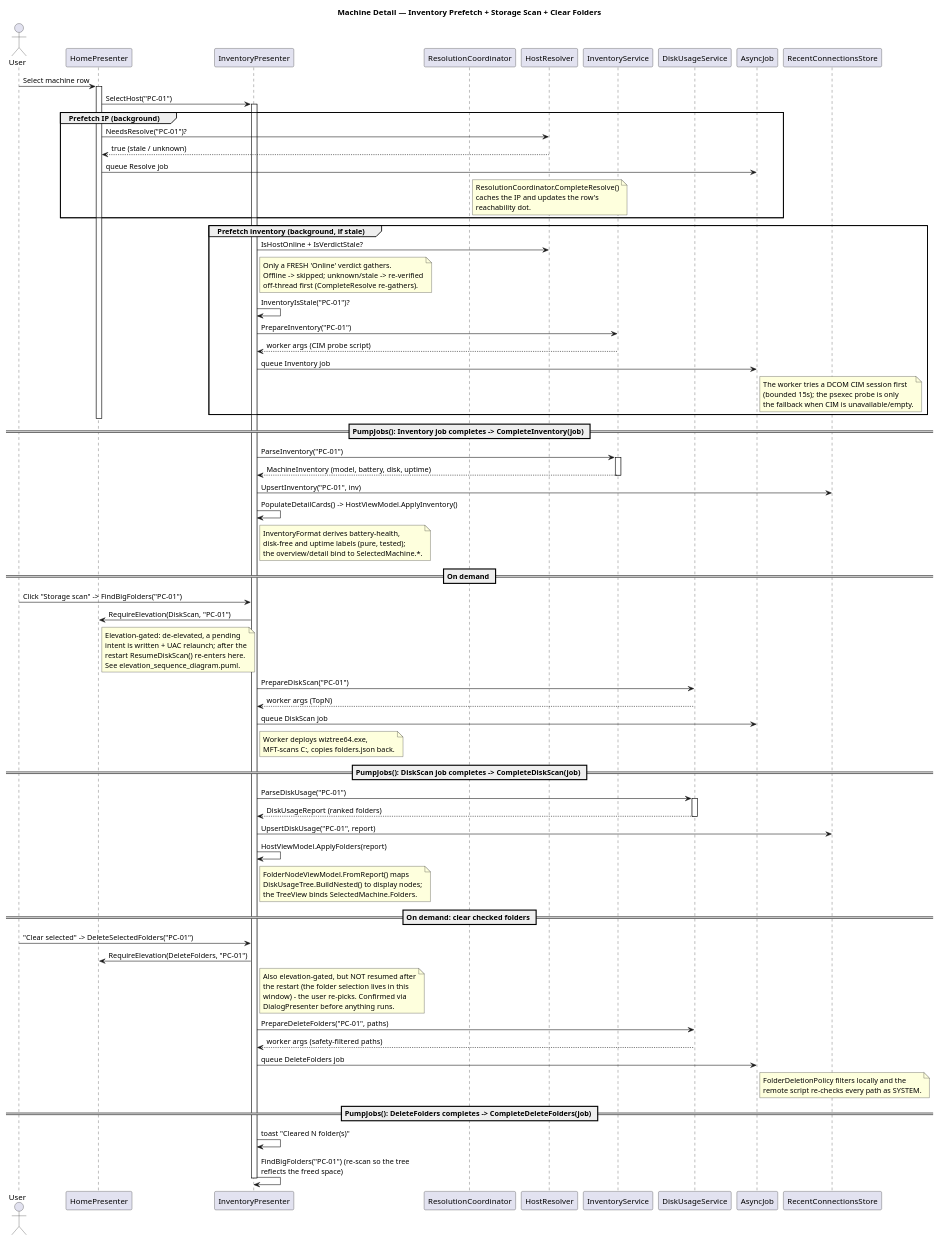
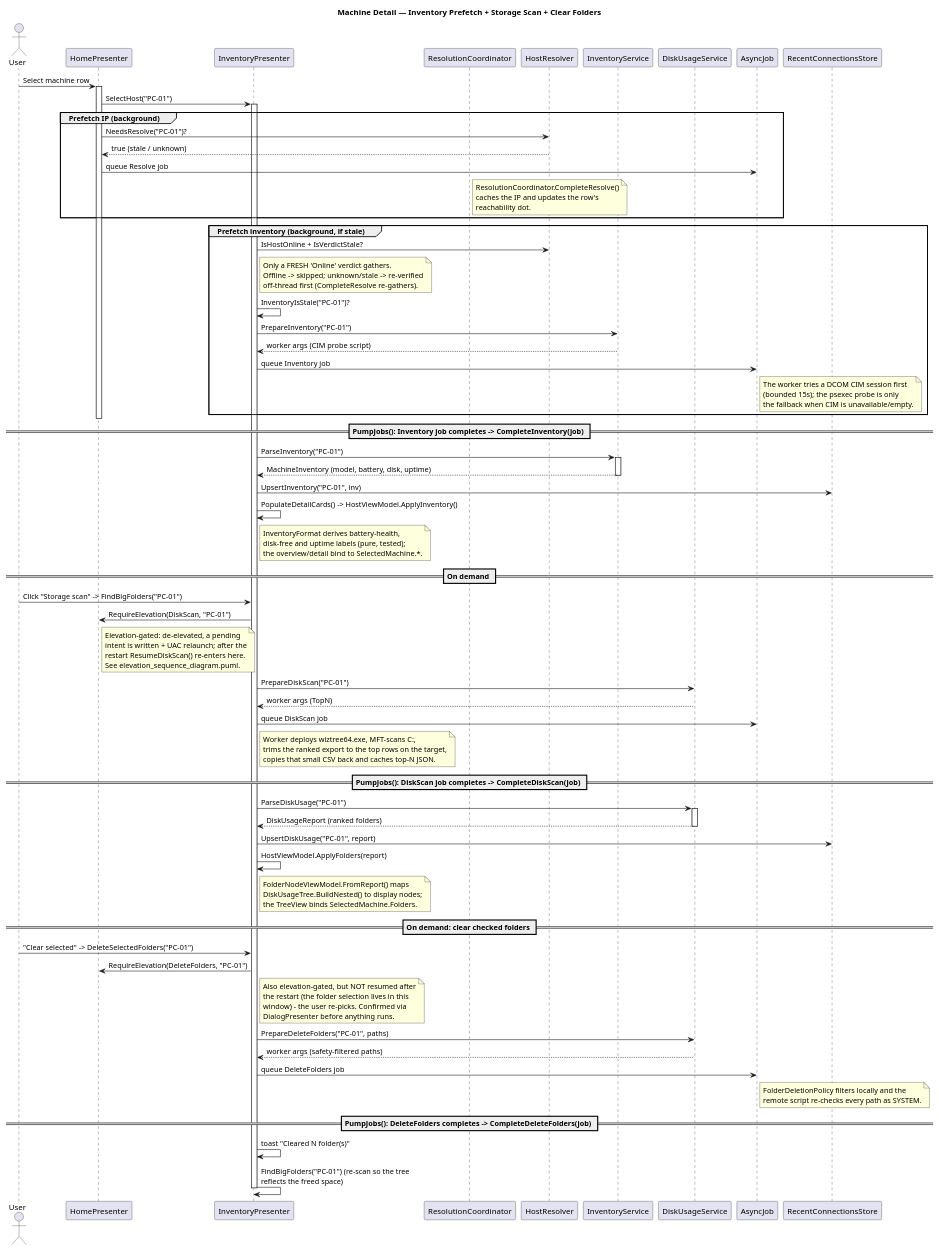
One commit to Danial-Changez/DONUT changed the diagram in docs/diagrams/inventory_sequence_diagram.puml. Above: the diagram before and after it, drawn with PlantUML. The commit also changed 5 other files, not shown here.

```diff
--- a/docs/diagrams/inventory_sequence_diagram.puml
+++ b/docs/diagrams/inventory_sequence_diagram.puml
@@ -1,77 +1,77 @@
 @startuml inventory_sequence_diagram
 title Machine Detail — Inventory Prefetch + Storage Scan + Clear Folders
 
 actor User
 participant "HomePresenter" as Presenter
 participant "InventoryPresenter" as Detail
 participant "ResolutionCoordinator" as Coord
 participant "HostResolver" as Resolver
 participant "InventoryService" as Inv
 participant "DiskUsageService" as Disk
 participant "AsyncJob" as Job
 participant "RecentConnectionsStore" as Store
 
 User -> Presenter: Select machine row
 activate Presenter
 Presenter -> Detail: SelectHost("PC-01")
 activate Detail
 
 group Prefetch IP (background)
     Presenter -> Resolver: NeedsResolve("PC-01")?
     Resolver --> Presenter: true (stale / unknown)
     Presenter -> Job: queue Resolve job
     note right of Coord: ResolutionCoordinator.CompleteResolve()\ncaches the IP and updates the row's\nreachability dot.
 end
 
 group Prefetch inventory (background, if stale)
     Detail -> Resolver: IsHostOnline + IsVerdictStale?
     note right of Detail: Only a FRESH 'Online' verdict gathers.\nOffline -> skipped; unknown/stale -> re-verified\noff-thread first (CompleteResolve re-gathers).
     Detail -> Detail: InventoryIsStale("PC-01")?
     Detail -> Inv: PrepareInventory("PC-01")
     Inv --> Detail: worker args (CIM probe script)
     Detail -> Job: queue Inventory job
     note right of Job: The worker tries a DCOM CIM session first\n(bounded 15s); the psexec probe is only\nthe fallback when CIM is unavailable/empty.
 end
 deactivate Presenter
 
 == PumpJobs(): Inventory job completes -> CompleteInventory(job) ==
 Detail -> Inv: ParseInventory("PC-01")
 activate Inv
 Inv --> Detail: MachineInventory (model, battery, disk, uptime)
 deactivate Inv
 Detail -> Store: UpsertInventory("PC-01", inv)
 Detail -> Detail: PopulateDetailCards() -> HostViewModel.ApplyInventory()
 note right of Detail: InventoryFormat derives battery-health,\ndisk-free and uptime labels (pure, tested);\nthe overview/detail bind to SelectedMachine.*.
 
 == On demand ==
 User -> Detail: Click "Storage scan" -> FindBigFolders("PC-01")
 Detail -> Presenter: RequireElevation(DiskScan, "PC-01")
 note right of Presenter: Elevation-gated: de-elevated, a pending\nintent is written + UAC relaunch; after the\nrestart ResumeDiskScan() re-enters here.\nSee elevation_sequence_diagram.puml.
 Detail -> Disk: PrepareDiskScan("PC-01")
 Disk --> Detail: worker args (TopN)
 Detail -> Job: queue DiskScan job
-note right of Detail: Worker deploys wiztree64.exe,\nMFT-scans C:, copies folders.json back.
+note right of Detail: Worker deploys wiztree64.exe, MFT-scans C:,\ntrims the ranked export to the top rows on the target,\ncopies that small CSV back and caches top-N JSON.
 
 == PumpJobs(): DiskScan job completes -> CompleteDiskScan(job) ==
 Detail -> Disk: ParseDiskUsage("PC-01")
 activate Disk
 Disk --> Detail: DiskUsageReport (ranked folders)
 deactivate Disk
 Detail -> Store: UpsertDiskUsage("PC-01", report)
 Detail -> Detail: HostViewModel.ApplyFolders(report)
 note right of Detail: FolderNodeViewModel.FromReport() maps\nDiskUsageTree.BuildNested() to display nodes;\nthe TreeView binds SelectedMachine.Folders.
 
 == On demand: clear checked folders ==
 User -> Detail: "Clear selected" -> DeleteSelectedFolders("PC-01")
 Detail -> Presenter: RequireElevation(DeleteFolders, "PC-01")
 note right of Detail: Also elevation-gated, but NOT resumed after\nthe restart (the folder selection lives in this\nwindow) - the user re-picks. Confirmed via\nDialogPresenter before anything runs.
 Detail -> Disk: PrepareDeleteFolders("PC-01", paths)
 Disk --> Detail: worker args (safety-filtered paths)
 Detail -> Job: queue DeleteFolders job
 note right of Job: FolderDeletionPolicy filters locally and the\nremote script re-checks every path as SYSTEM.
 
 == PumpJobs(): DeleteFolders completes -> CompleteDeleteFolders(job) ==
 Detail -> Detail: toast "Cleared N folder(s)"
 Detail -> Detail: FindBigFolders("PC-01") (re-scan so the tree\nreflects the freed space)
 deactivate Detail
 @enduml
```
